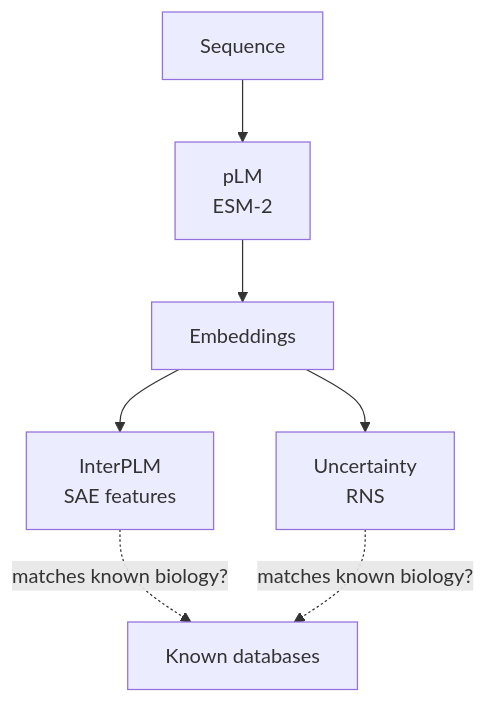
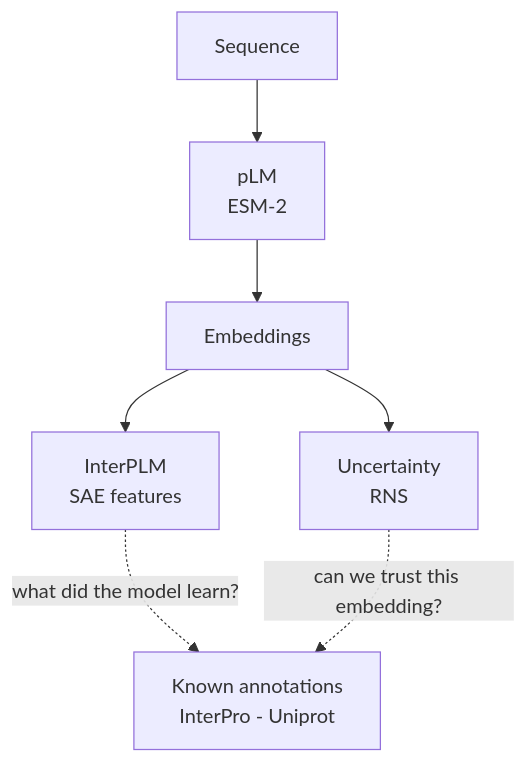
The second of 2 diagrams in Why pLMs are important to understand.md (Everlyen/Seminar), drawn with Mermaid before and after one commit. The commit also changed other lines of this file and 29 other files, not shown here.

````diff
--- a/Why pLMs are important to understand.md
+++ b/Why pLMs are important to understand.md
@@ -13,9 +19,9 @@
 ```mermaid
 graph TD
     P[Sequence] --> pLM[pLM\nESM-2]
     pLM --> E[Embeddings]
     E --> SAE[InterPLM\nSAE features]
     E --> U[Uncertainty\nRNS]
-    SAE -.->|matches known biology?| K[Known databases]
-    U -.->|matches known biology?| K
+    SAE -.->|what did the model learn?| K[Known annotations\nInterPro - Uniprot]
+    U -.->|can we trust this embedding?| K
 ```
````
